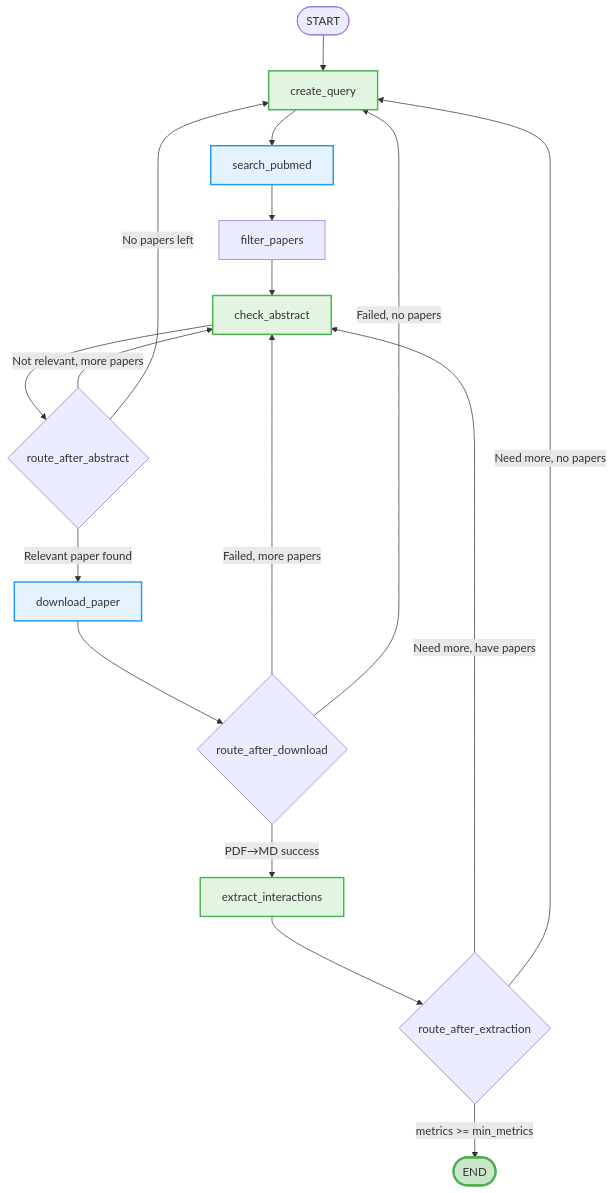
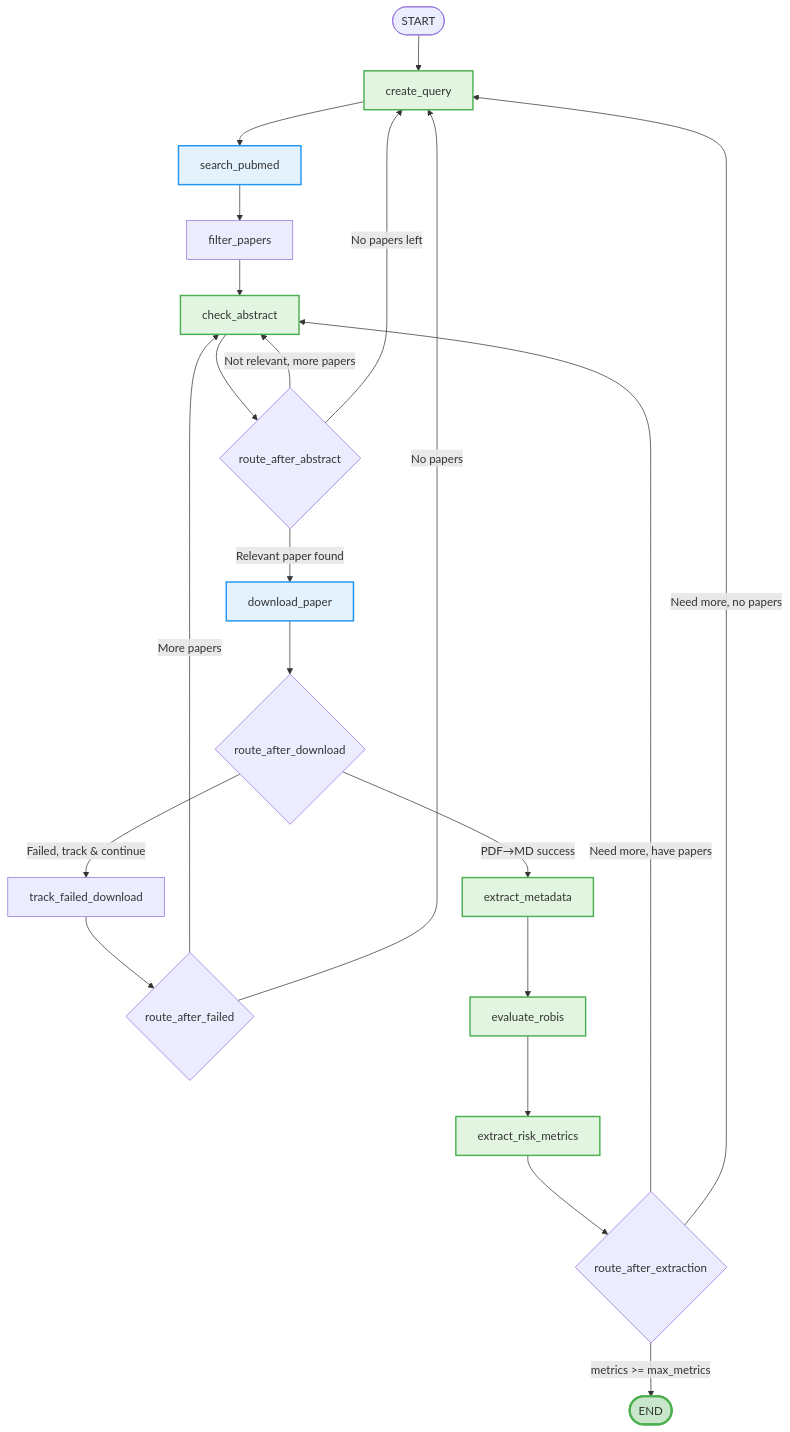
One commit to EliasSchlie/quantifying-the-value-of-delayed-ovarian-aging changed the diagram in README.md. Above: the diagram before and after it, drawn with Mermaid. The commit also changed other lines of this file and 12 other files, not shown here.

````diff
--- a/README.md
+++ b/README.md
@@ -9,27 +72,33 @@
 ```mermaid
 flowchart TD
     START([START]) --> CQ[create_query]:::ai
     CQ --> SP[search_pubmed]:::tool
     SP --> FP[filter_papers]
     FP --> CA[check_abstract]:::ai
     
     CA --> R1{route_after_abstract}
     R1 -->|Relevant paper found| DP[download_paper]:::tool
     R1 -->|Not relevant, more papers| CA
     R1 -->|No papers left| CQ
     
     DP --> R2{route_after_download}
-    R2 -->|PDF→MD success| EI[extract_interactions]:::ai
-    R2 -->|Failed, more papers| CA
-    R2 -->|Failed, no papers| CQ
+    R2 -->|PDF→MD success| EM[extract_metadata]:::ai
+    R2 -->|Failed, track & continue| TFD[track_failed_download]
+    
+    TFD --> R4{route_after_failed}
+    R4 -->|More papers| CA
+    R4 -->|No papers| CQ
+    
+    EM --> ER[evaluate_robis]:::ai
+    ER --> EI[extract_risk_metrics]:::ai
     
     EI --> R3{route_after_extraction}
-    R3 -->|metrics >= min_metrics| END([END]):::success
+    R3 -->|metrics >= max_metrics| END([END]):::success
     R3 -->|Need more, have papers| CA
     R3 -->|Need more, no papers| CQ
     
     %% Styling
     classDef ai fill:#e1f5e1,stroke:#4caf50,stroke-width:2px
     classDef tool fill:#e3f2fd,stroke:#2196f3,stroke-width:2px
     classDef success fill:#c8e6c9,stroke:#4caf50,stroke-width:3px
 ```
````
